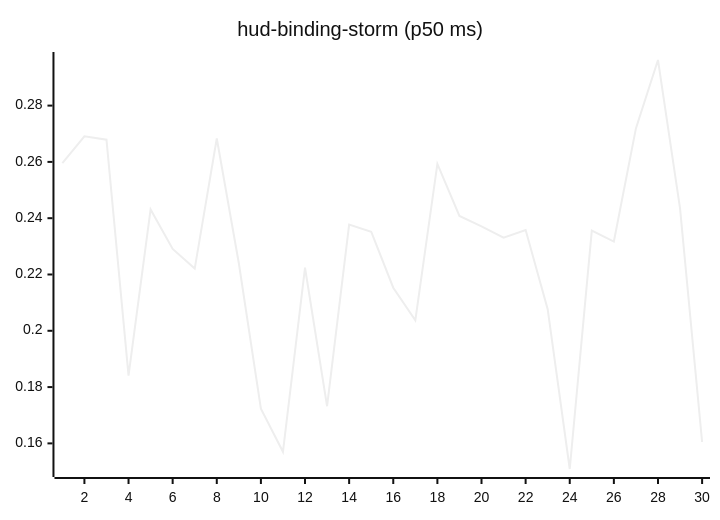
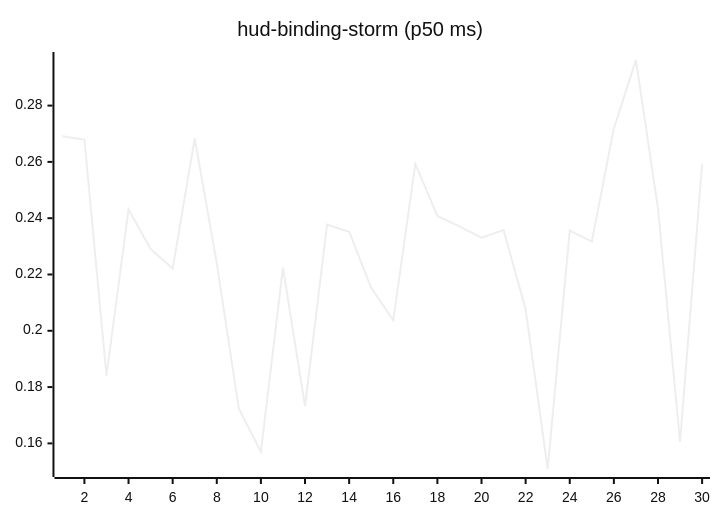
One commit to josha/Facet changed the tenth of 27 diagrams in README.md. Above: the diagram before and after it, drawn with Mermaid (neutral theme). The commit also changed other lines of this file and 2 other files, not shown here.

````diff
--- a/README.md
+++ b/README.md
@@ -126,6 +126,6 @@
 ```mermaid
 xychart-beta
     title "hud-binding-storm (p50 ms)"
     x-axis 1 --> 30
-    line [0.2596, 0.2691, 0.2679, 0.1841, 0.2431, 0.2291, 0.2221, 0.2683, 0.2240, 0.1723, 0.1570, 0.2224, 0.1732, 0.2377, 0.2352, 0.2153, 0.2037, 0.2593, 0.2408, 0.2371, 0.2331, 0.2358, 0.2077, 0.1509, 0.2356, 0.2317, 0.2719, 0.2962, 0.2435, 0.1605]
+    line [0.2691, 0.2679, 0.1841, 0.2431, 0.2291, 0.2221, 0.2683, 0.2240, 0.1723, 0.1570, 0.2224, 0.1732, 0.2377, 0.2352, 0.2153, 0.2037, 0.2593, 0.2408, 0.2371, 0.2331, 0.2358, 0.2077, 0.1509, 0.2356, 0.2317, 0.2719, 0.2962, 0.2435, 0.1605, 0.2591]
 ```
````
